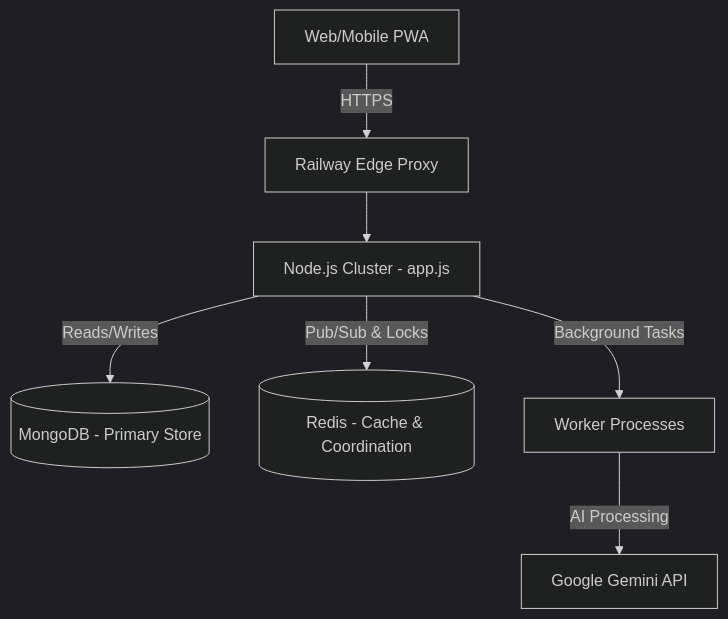
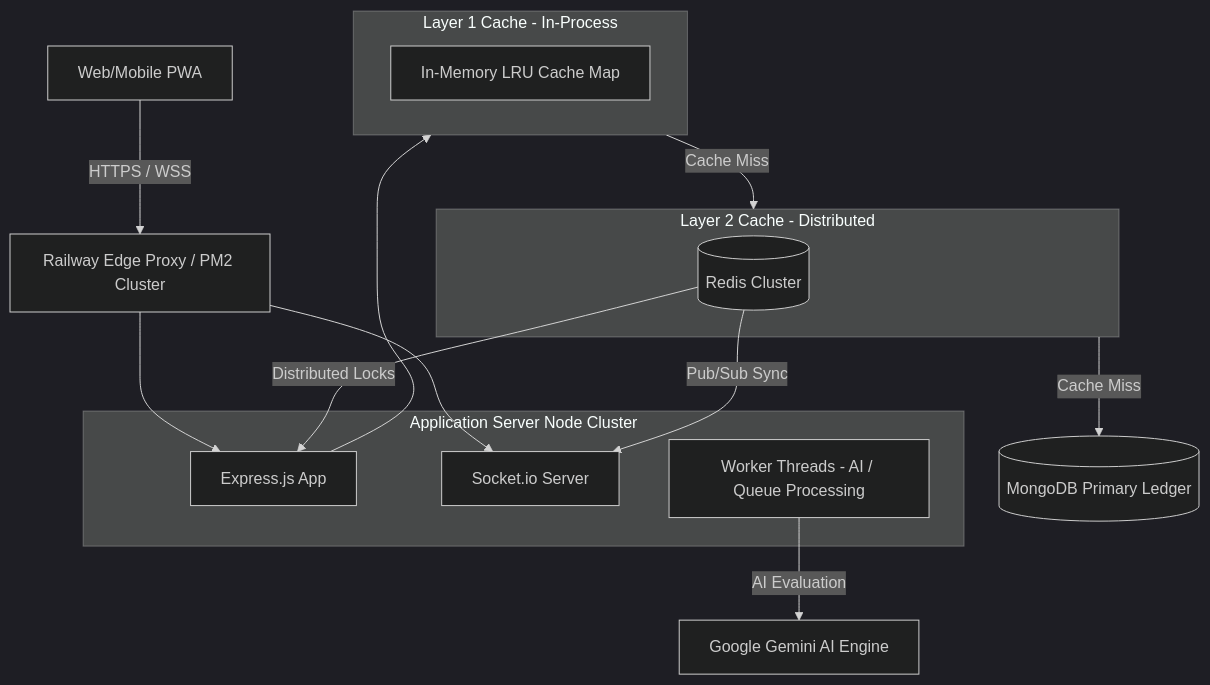
Before and after one commit to Saurabh12770/nirnaypath-live: the diagram in Readme.md, drawn with Mermaid (dark theme). The commit also changed other lines of this file and 89 other files, not shown here.

Commit message:
fix: production hardening (AI fallback, LRU cache, test normalization, VAPID fix)

````diff
--- a/Readme.md
+++ b/Readme.md
@@ -58,9 +16,30 @@
 ```mermaid
 graph TD
-    Client[Web/Mobile PWA] -->|HTTPS| LoadBalancer[Railway Edge Proxy]
-    LoadBalancer --> NodeCluster[Node.js Cluster - app.js]
-    NodeCluster -->|Reads/Writes| MongoDB[(MongoDB - Primary Store)]
-    NodeCluster -->|Pub/Sub & Locks| Redis[(Redis - Cache & Coordination)]
-    NodeCluster -->|Background Tasks| Workers[Worker Processes]
-    Workers -->|AI Processing| Gemini[Google Gemini API]
+    Client[Web/Mobile PWA] -->|HTTPS / WSS| LoadBalancer[Railway Edge Proxy / PM2 Cluster]
+    
+    subgraph AppServer [Application Server Node Cluster]
+        Express[Express.js App]
+        SocketIO[Socket.io Server]
+        Workers[Worker Threads - AI / Queue Processing]
+    end
+    
+    LoadBalancer --> Express
+    LoadBalancer --> SocketIO
+    
+    subgraph L1_Cache [Layer 1 Cache - In-Process]
+        L1_Store[In-Memory LRU Cache Map]
+    end
+    
+    subgraph L2_Cache [Layer 2 Cache - Distributed]
+        Redis[(Redis Cluster)]
+    end
+    
+    Express --> L1_Cache
+    L1_Cache -->|Cache Miss| L2_Cache
+    L2_Cache -->|Cache Miss| MongoDB[(MongoDB Primary Ledger)]
+    
+    Redis -->|Pub/Sub Sync| SocketIO
+    Redis -->|Distributed Locks| Express
+    
+    Workers -->|AI Evaluation| Gemini[Google Gemini AI Engine]
 ```
````
